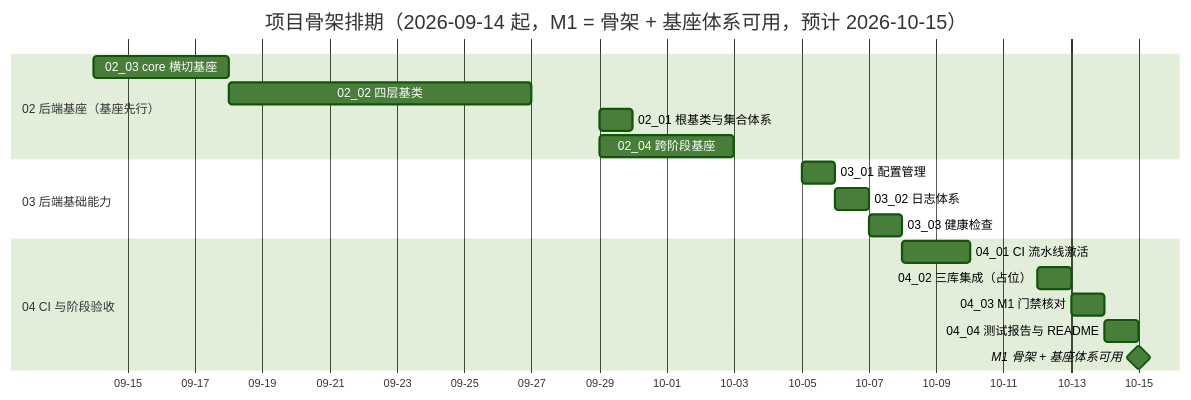
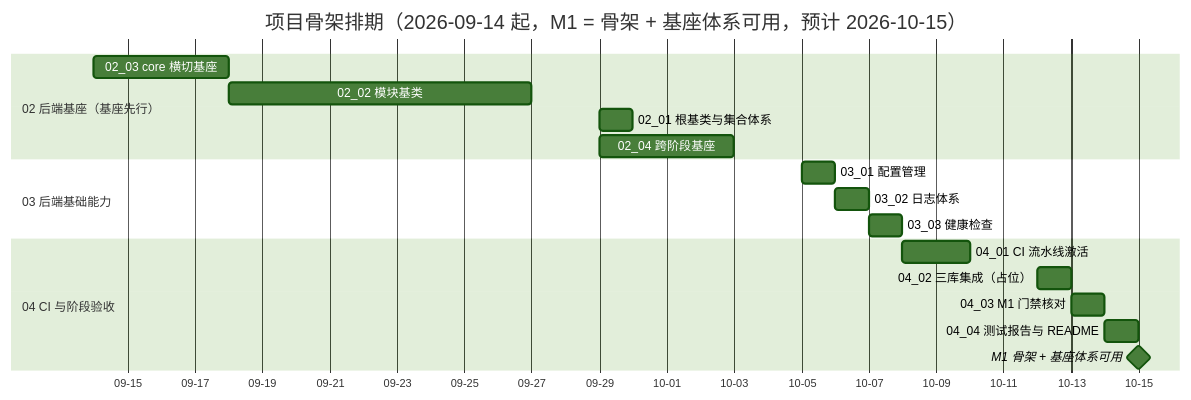
The diagram in bms文档/项目/01_项目骨架/计划/01_计划_项目骨架.md (minjian123/basic-management-system), drawn with Mermaid (forest theme) before and after one commit. The commit also changed other lines of this file and 9 other files, not shown here.

````diff
--- a/bms文档/项目/01_项目骨架/计划/01_计划_项目骨架.md
+++ b/bms文档/项目/01_项目骨架/计划/01_计划_项目骨架.md
@@ -67,21 +67,21 @@
 ```mermaid
 gantt
     title 项目骨架排期（2026-09-14 起，M1 = 骨架 + 基座体系可用，预计 2026-10-15）
     dateFormat  YYYY-MM-DD
     axisFormat %m-%d
     section 02 后端基座（基座先行）
     02_03 core 横切基座    :a23, 2026-09-14, 4d
-    02_02 四层基类         :a22, 2026-09-18, 9d
+    02_02 模块基类         :a22, 2026-09-18, 9d
     02_01 根基类与集合体系 :a21, 2026-09-29, 1d
     02_04 跨阶段基座       :a24, 2026-09-29, 4d
     section 03 后端基础能力
     03_01 配置管理         :a31, 2026-10-05, 1d
     03_02 日志体系         :a32, 2026-10-06, 1d
     03_03 健康检查         :a33, 2026-10-07, 1d
     section 04 CI 与阶段验收
     04_01 CI 流水线激活    :a41, 2026-10-08, 2d
     04_02 三库集成（占位） :a42, 2026-10-12, 1d
     04_03 M1 门禁核对      :a43, 2026-10-13, 1d
     04_04 测试报告与 README :a44, 2026-10-14, 1d
     M1 骨架 + 基座体系可用 :milestone, m1, 2026-10-15, 0d
 ```
````
